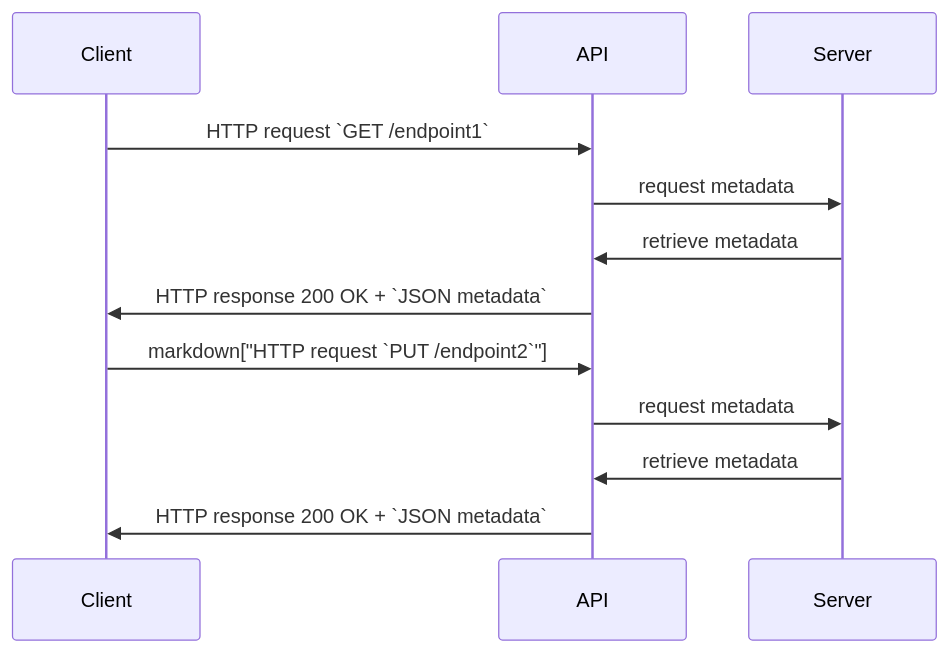
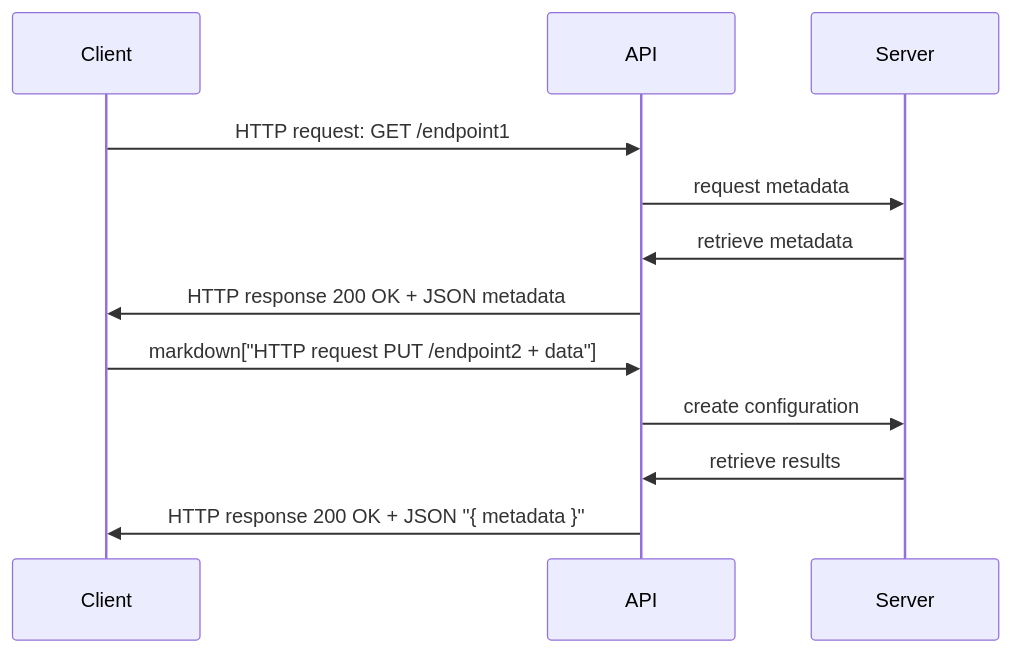
One commit to tplisson/api-overview changed the diagram in README.md. Above: the diagram before and after it, drawn with Mermaid. The commit also changed other lines of this file, not shown here.

````diff
--- a/README.md
+++ b/README.md
@@ -45,14 +8,14 @@
 ```mermaid
 sequenceDiagram;
-    Client ->> API: HTTP request `GET /endpoint1`
+    Client ->> API: HTTP request: GET /endpoint1
     API ->> Server: request metadata
     Server ->> API: retrieve metadata
-    API ->> Client: HTTP response 200 OK + `JSON metadata`
+    API ->> Client: HTTP response 200 OK + JSON metadata
   
 
-  
-    Client ->> API: markdown["HTTP request `PUT /endpoint2`"]
-    API ->> Server: request metadata
-    Server ->> API: retrieve metadata
-    API ->> Client: HTTP response 200 OK + `JSON metadata`
+
+    Client ->> API: markdown["HTTP request PUT /endpoint2 + data"]
+    API ->> Server: create configuration
+    Server ->> API: retrieve results
+    API ->> Client: HTTP response 200 OK + JSON "{ metadata }"
 ```
````
